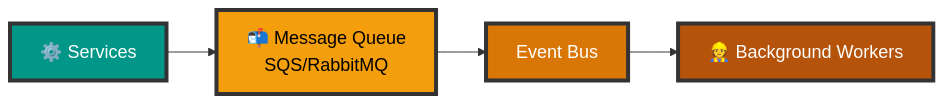
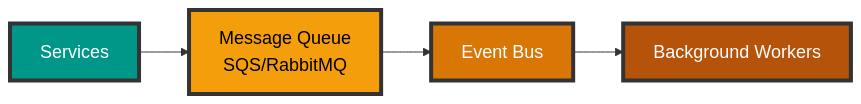
Diagram 21 of 24 in documentation/00-ARCHITECTURE.md (inskillflow/awsbedrock-demo-1-inmemory), drawn with Mermaid before and after one commit. The commit also changed other lines of this file, not shown here.

First line of the commit message:
refactor: simplification des diagrammes - retrait des emojis

````diff
--- a/documentation/00-ARCHITECTURE.md
+++ b/documentation/00-ARCHITECTURE.md
@@ -923,16 +923,16 @@
 ```mermaid
 flowchart LR
-    Services[⚙️ Services]
-    Queue[📬 Message Queue<br/>SQS/RabbitMQ]
+    Services[Services]
+    Queue[Message Queue<br/>SQS/RabbitMQ]
     EventBus[Event Bus]
-    Workers[👷 Background Workers]
+    Workers[Background Workers]
     
     Services --> Queue
     Queue --> EventBus
     EventBus --> Workers
     
     style Services fill:#009688,stroke:#333,stroke-width:4px,color:#fff,font-size:18px
     style Queue fill:#F59E0B,stroke:#333,stroke-width:4px,color:#000,font-size:18px
     style EventBus fill:#D97706,stroke:#333,stroke-width:4px,color:#fff,font-size:18px
     style Workers fill:#B45309,stroke:#333,stroke-width:4px,color:#fff,font-size:18px
 ```
````
